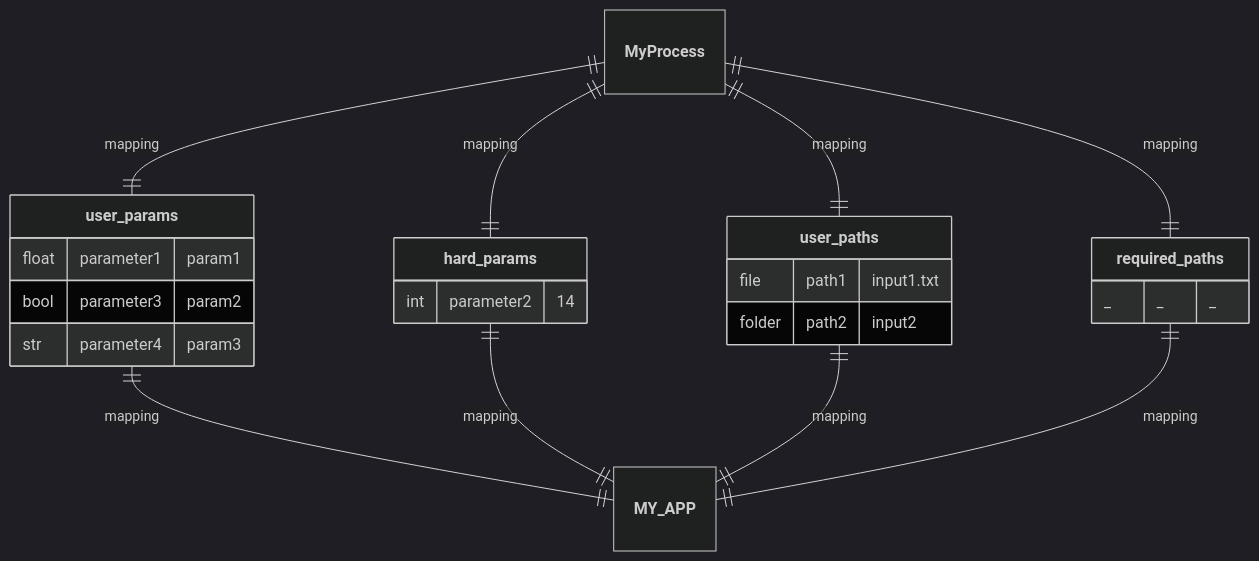
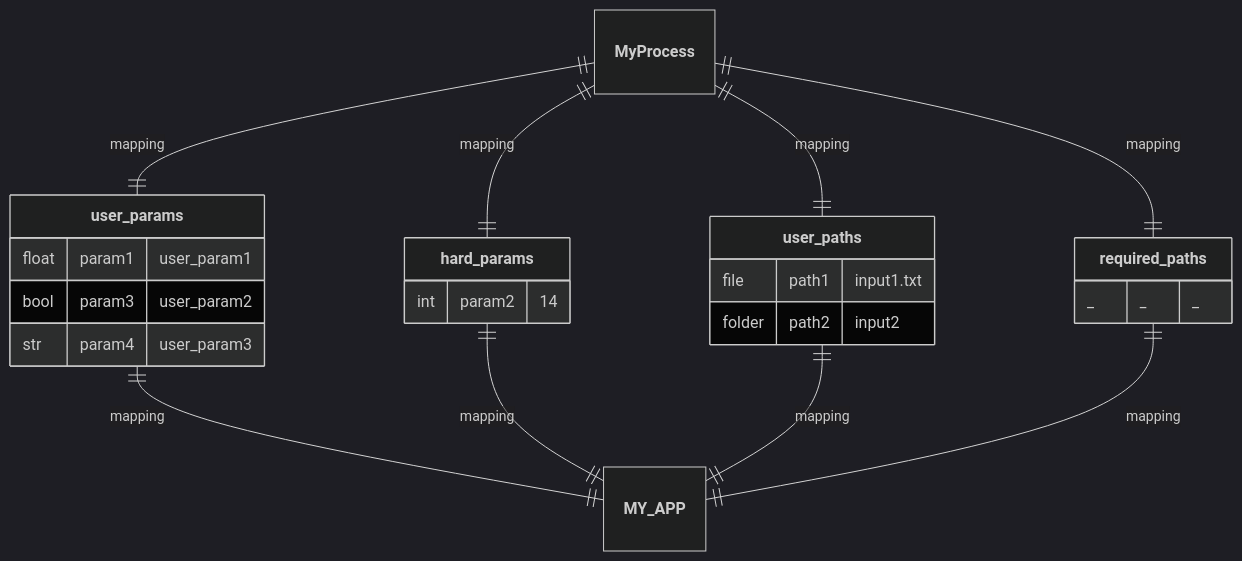
The eighth of 9 diagrams in README.md (nuremics/nuremics), drawn with Mermaid (dark theme) before and after one commit. The commit also changed other lines of this file, not shown here.

````diff
--- a/README.md
+++ b/README.md
@@ -225,27 +225,27 @@
 ```mermaid
 erDiagram
   **MyProcess** ||--|| **user_params** : mapping
   **MyProcess** ||--|| **hard_params** : mapping
   **MyProcess** ||--|| **user_paths** : mapping
   **MyProcess** ||--|| **required_paths** : mapping
   **user_params** ||--|| **MY_APP** : mapping
   **hard_params** ||--|| **MY_APP** : mapping
   **user_paths** ||--|| **MY_APP** : mapping
   **required_paths** ||--|| **MY_APP** : mapping
 
   **user_params** {
-    float parameter1 "param1"
-    bool parameter3 "param2"
-    str parameter4 "param3"
+    float param1 "user_param1"
+    bool param3 "user_param2"
+    str param4 "user_param3"
   }
   **hard_params** {
-    int parameter2 "14"
+    int param2 "14"
   }
   **user_paths** {
     file path1 "input1.txt"
     folder path2 "input2"
   }
   **required_paths** {
     _ _ "_"
   }
 ```
````
